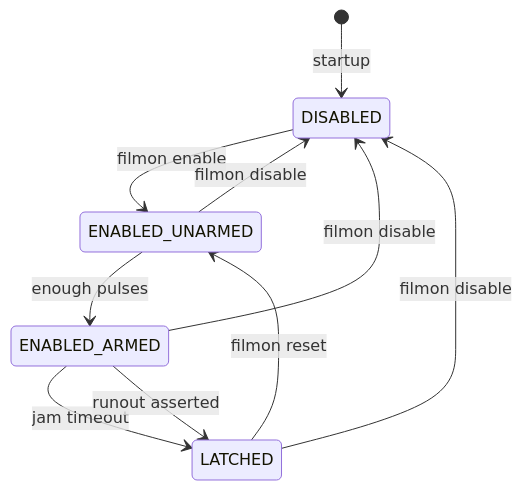
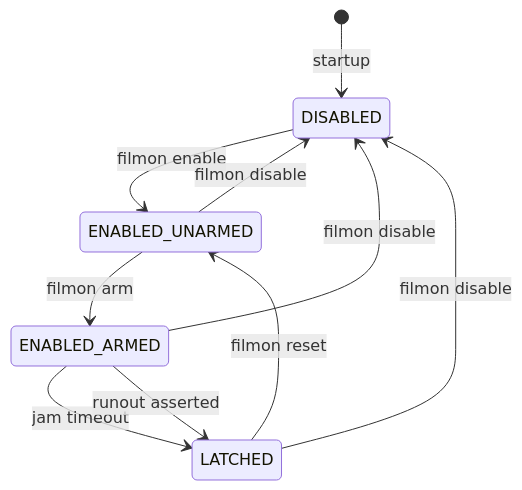
The diagram in README.md (hyiger/filament-monitor), drawn with Mermaid before and after one commit. The commit also changed other lines of this file and 7 other files, not shown here.

````diff
--- a/README.md
+++ b/README.md
@@ -151,16 +143,16 @@
 ```mermaid
 stateDiagram-v2
   [*] --> DISABLED: startup
 
   DISABLED --> ENABLED_UNARMED: filmon enable
   ENABLED_UNARMED --> DISABLED: filmon disable
   ENABLED_ARMED --> DISABLED: filmon disable
   LATCHED --> DISABLED: filmon disable
 
-  ENABLED_UNARMED --> ENABLED_ARMED: enough pulses
+  ENABLED_UNARMED --> ENABLED_ARMED: filmon arm
 
   ENABLED_ARMED --> LATCHED: jam timeout
   ENABLED_ARMED --> LATCHED: runout asserted
 
   LATCHED --> ENABLED_UNARMED: filmon reset
 ```
````
